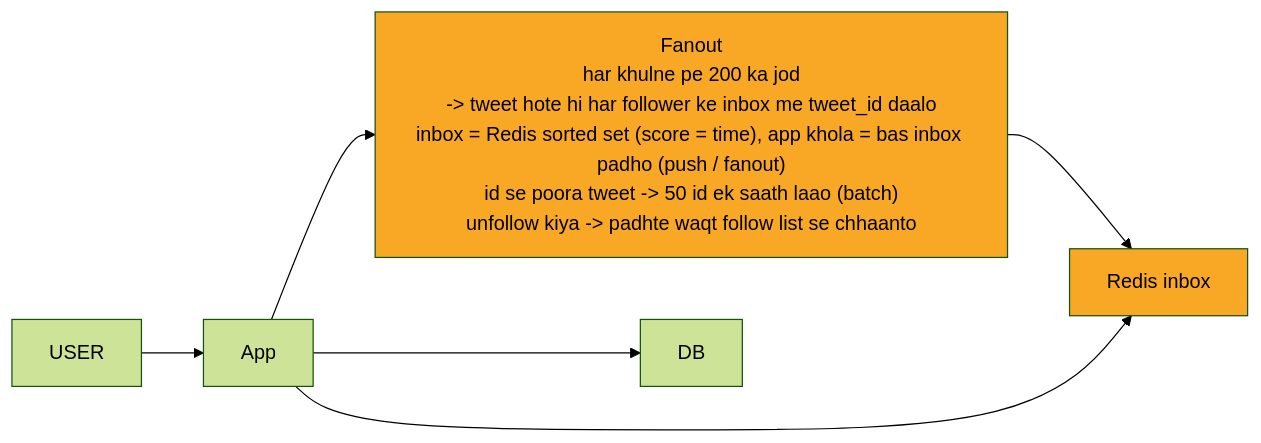
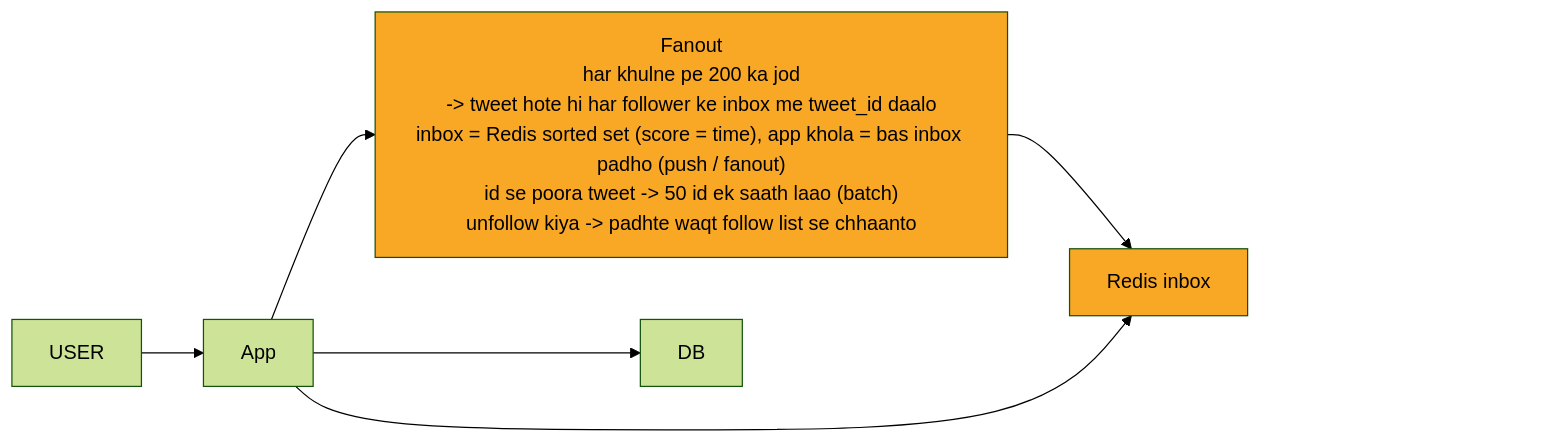
One commit to ArpanMaheshwari144/Prep changed the second of 12 diagrams in 04_HLD/SYSTEM_DESIGNS/03_twitter_feed/03_twitter_feed.md. Above: the diagram before and after it, drawn with Mermaid (forest theme). The commit also changed other lines of this file and 13 other files, not shown here.

Commit message:
hld 14 file: har diagram ke daayein andekha dabba, zoom button asli dabbe pe na aaye

````diff
--- a/04_HLD/SYSTEM_DESIGNS/03_twitter_feed/03_twitter_feed.md
+++ b/04_HLD/SYSTEM_DESIGNS/03_twitter_feed/03_twitter_feed.md
@@ -108,16 +111,19 @@
 ```mermaid
 %%{init: {"flowchart": {"wrappingWidth": 450}}}%%
 flowchart LR
     n_USER["USER"]
     n_App["App"]
     n_Fanout["Fanout<br/>har khulne pe 200 ka jod<br/>-> tweet hote hi har follower ke inbox me tweet_id daalo<br/>inbox = Redis sorted set (score = time), app khola = bas inbox padho (push / fanout)<br/>id se poora tweet -> 50 id ek saath laao (batch)<br/>unfollow kiya -> padhte waqt follow list se chhaanto"]
     n_Redis_inbox["Redis inbox"]
     n_DB["DB"]
     n_USER --> n_App
     n_App --> n_Fanout
     n_App --> n_DB
     n_Fanout --> n_Redis_inbox
     n_App --> n_Redis_inbox
+    n_pad["xxxxxxxxxxxxxxxx"]
+    n_Redis_inbox ~~~ n_pad
     style n_Fanout fill:#f9a825,color:#000
     style n_Redis_inbox fill:#f9a825,color:#000
+    style n_pad fill:none,stroke:none,color:#ffffff00
 ```
````
